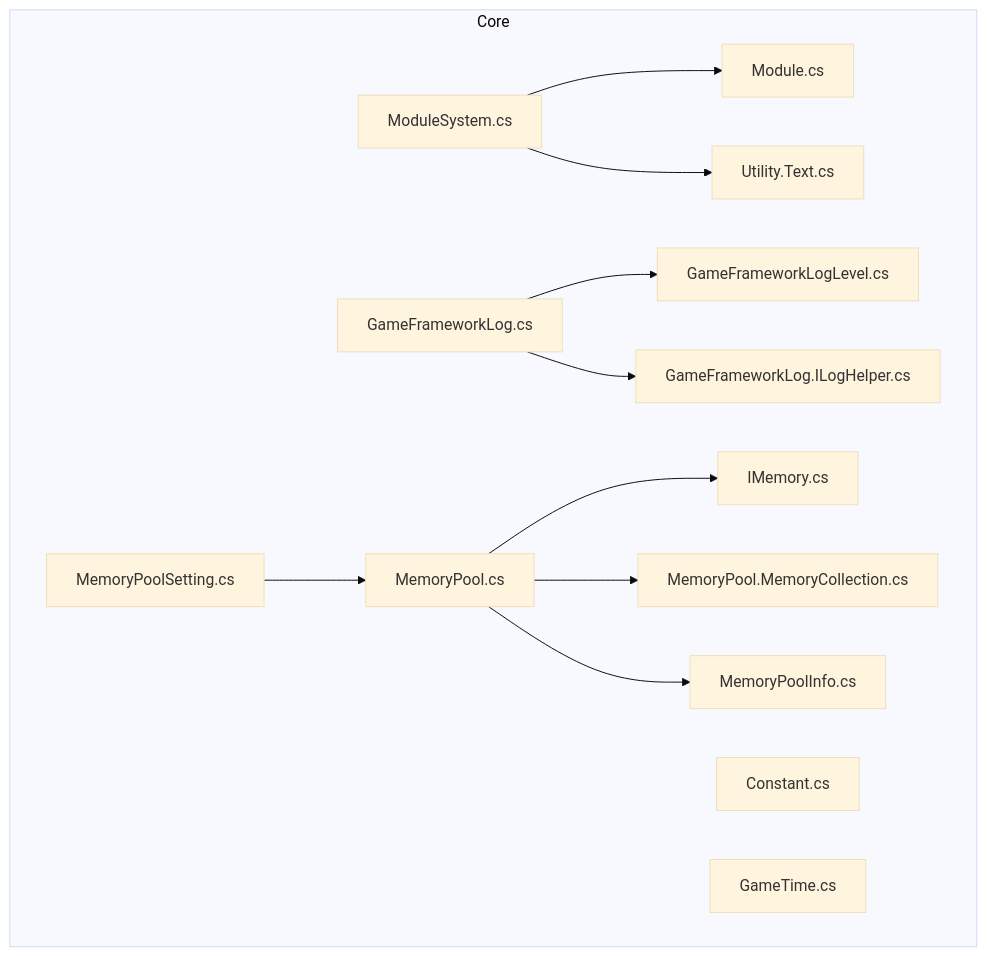
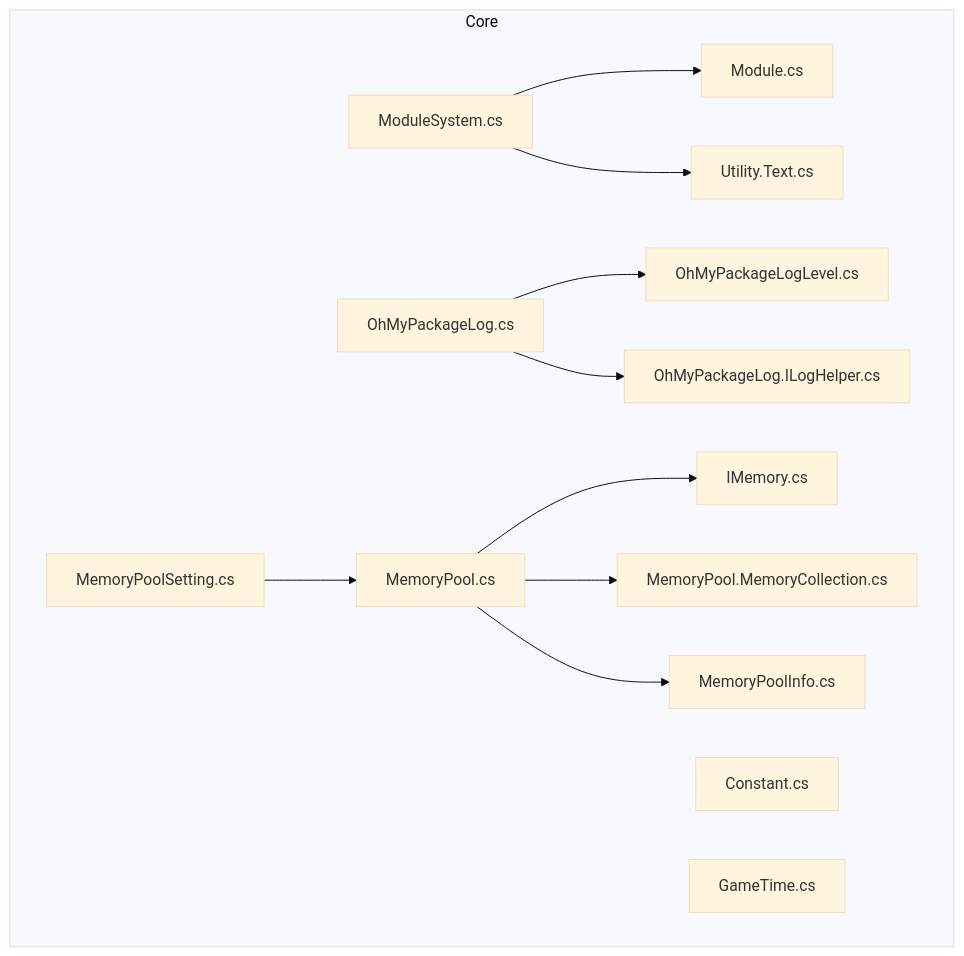
One commit to OxygenIsland/MyGame changed the first of 3 diagrams in repowiki/zh/content/API参考/核心API.md. Above: the diagram before and after it, drawn with Mermaid (base theme). The commit also changed other lines of this file and 34 other files, not shown here.

````diff
--- a/repowiki/zh/content/API参考/核心API.md
+++ b/repowiki/zh/content/API参考/核心API.md
@@ -47,26 +47,26 @@
 ```mermaid
 graph TB
 subgraph "Core"
 MS["ModuleSystem.cs"]
 M["Module.cs"]
 C["Constant.cs"]
 GT["GameTime.cs"]
-LG["GameFrameworkLog.cs"]
-LGL["GameFrameworkLogLevel.cs"]
-ILH["GameFrameworkLog.ILogHelper.cs"]
+LG["OhMyPackageLog.cs"]
+LGL["OhMyPackageLogLevel.cs"]
+ILH["OhMyPackageLog.ILogHelper.cs"]
 MP["MemoryPool.cs"]
 IM["IMemory.cs"]
 MC["MemoryPool.MemoryCollection.cs"]
 MPI["MemoryPoolInfo.cs"]
 MPS["MemoryPoolSetting.cs"]
 UT["Utility.Text.cs"]
 end
 MS --> M
 MS --> UT
 LG --> LGL
 LG --> ILH
 MP --> IM
 MP --> MC
 MP --> MPI
 MPS --> MP
 ```
````
